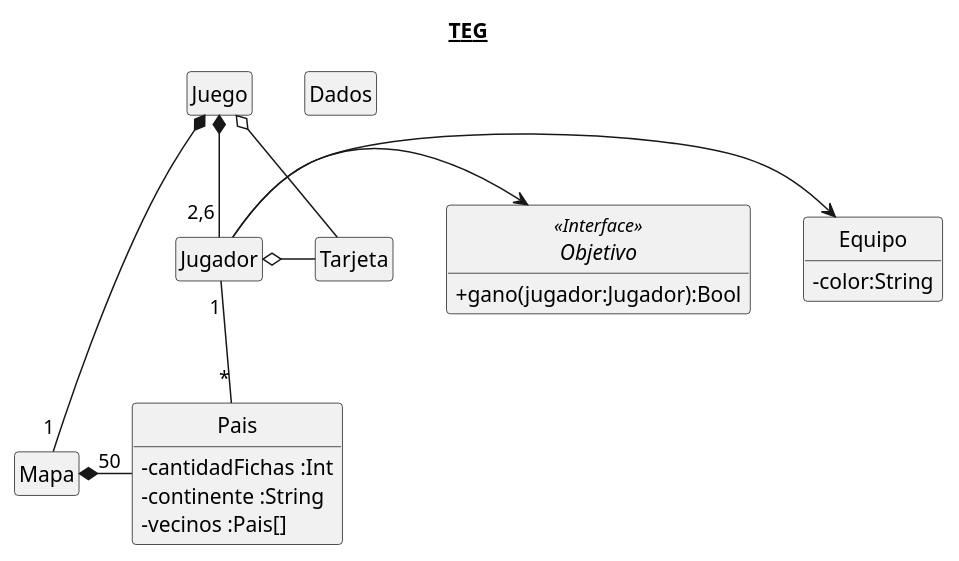
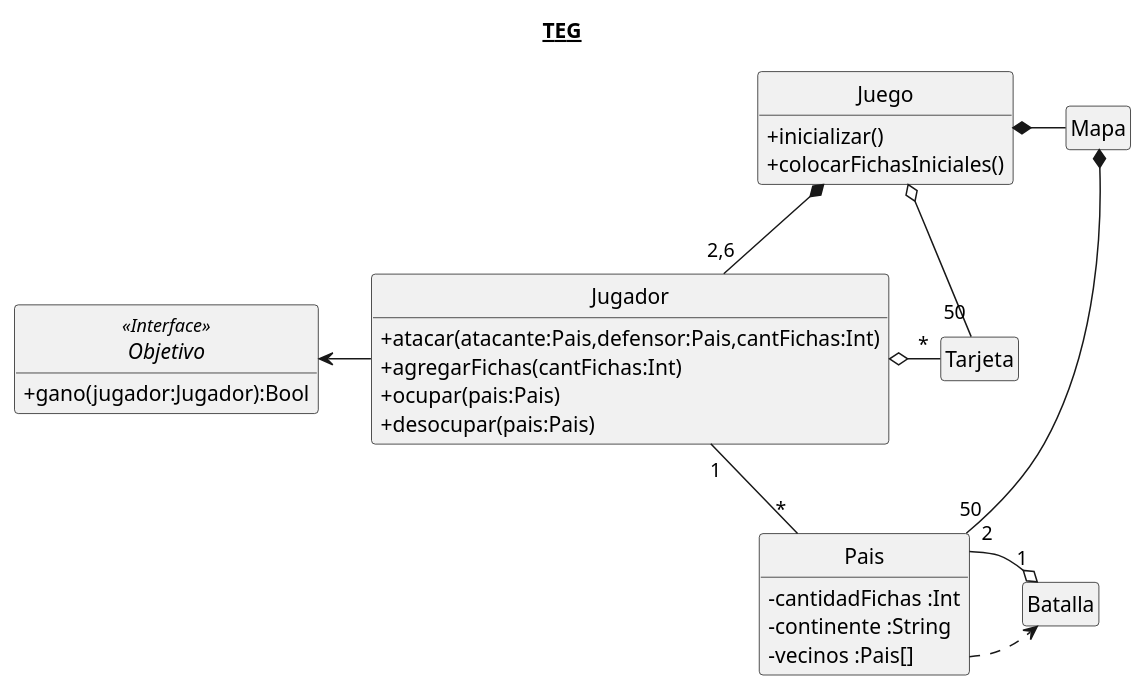
The diagram in UML/Clases.plantuml (Gabrielsem/A.L.T.E.G.O.), drawn with PlantUML before and after one commit.

Commit message:
Cambio clases

```diff
--- a/UML/Clases.plantuml
+++ b/UML/Clases.plantuml
@@ -1,47 +1,52 @@
 @startuml
 skinparam style strictuml
 skinparam classAttributeIconSize 0
 skinparam monochrome true
 hide empty members
 
 title **__TEG__**
 
 class Juego{
-	
+	+ inicializar()
+    + colocarFichasIniciales()
 }
 class Mapa{
 	
 }
 class Pais{
 	- cantidadFichas :Int
 	- continente :String
 	- vecinos :Pais[]
 }
 class Jugador{
-	
-}
-Class Equipo{
-	-color:String
+    + atacar(atacante:Pais,defensor:Pais,cantFichas:Int)
+    + agregarFichas(cantFichas:Int)
+    + ocupar(pais:Pais)
+    + desocupar(pais:Pais)
 }
 Interface Objetivo<<Interface>>{
 	+ gano(jugador:Jugador):Bool
 }
 class Tarjeta{
-	
+
 }
-class Dados
 
-Juego *- "1" Mapa
+class Batalla{
+
+}
+
+Pais .> Batalla
+Batalla  "1" o- "2" Pais
+
+Juego *- Mapa
 Mapa *- "50" Pais
 
 Juego *-- "2,6" Jugador
 
 Jugador "1"--"*" Pais
 
-Jugador -> Equipo
-
-Jugador -right-> Objetivo
-Jugador o- Tarjeta
-Juego o-- Tarjeta
+Jugador -left> Objetivo
+Jugador o- "*" Tarjeta
+Juego o-- "50" Tarjeta
 
 @enduml
```
